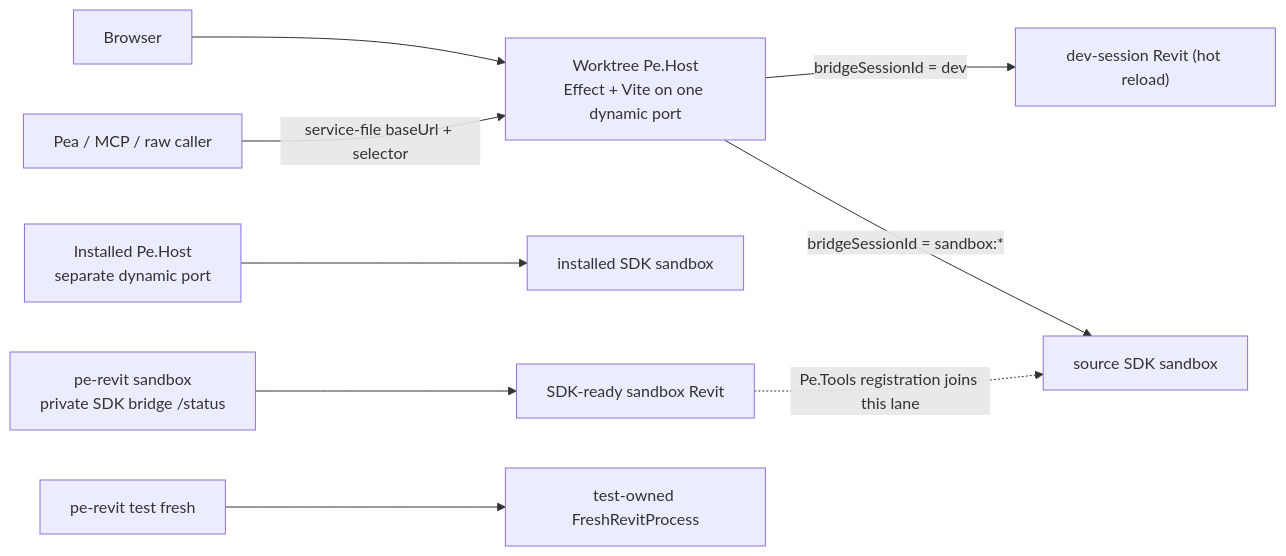
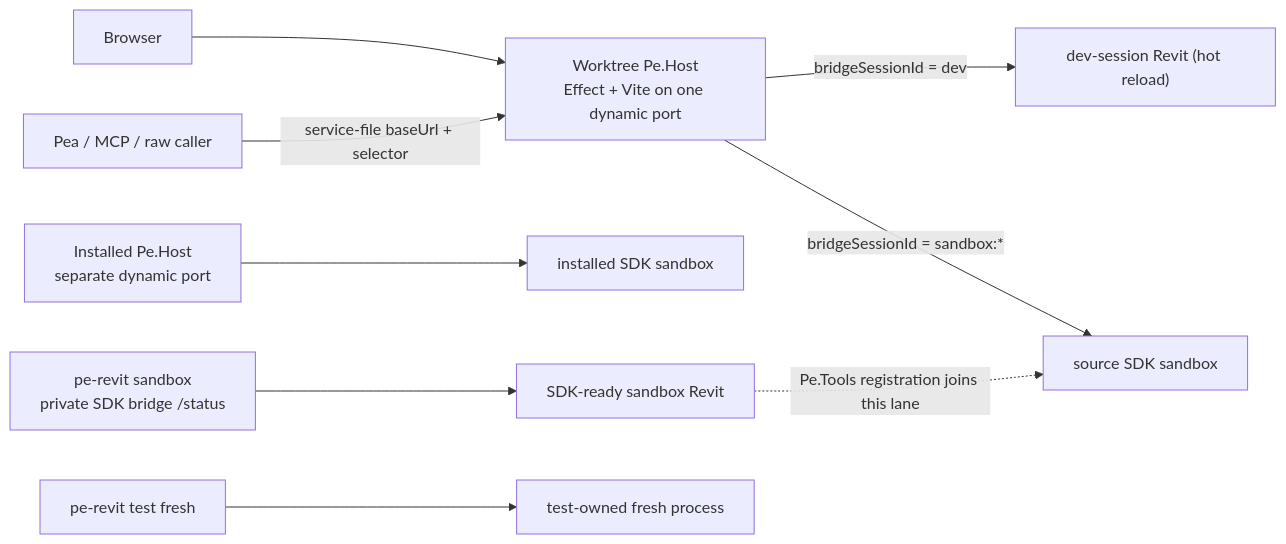
One commit to positive-energy-labs/Pe.Tools changed the diagram in docs/BUILD.md. Above: the diagram before and after it, drawn with Mermaid. The commit also changed other lines of this file and 31 other files, not shown here.

````diff
--- a/docs/BUILD.md
+++ b/docs/BUILD.md
@@ -245,11 +248,11 @@
 ```mermaid
 flowchart LR
   Web["Browser"] --> SourceHost["Worktree Pe.Host<br/>Effect + Vite on one dynamic port"]
   Pea["Pea / MCP / raw caller"] -->|service-file baseUrl + selector| SourceHost
   SourceHost -->|bridgeSessionId = dev| DevSession["dev-session Revit (hot reload)"]
   SourceHost -->|bridgeSessionId = sandbox:*| RoutedSandbox["source SDK sandbox"]
   InstalledHost["Installed Pe.Host<br/>separate dynamic port"] --> InstalledSandbox["installed SDK sandbox"]
   SDK["pe-revit sandbox<br/>private SDK bridge /status"] --> Sandbox["SDK-ready sandbox Revit"]
-  Fresh["pe-revit test fresh"] --> FreshRevit["test-owned FreshRevitProcess"]
+  Fresh["pe-revit test fresh"] --> FreshRevit["test-owned fresh process"]
   Sandbox -. "Pe.Tools registration joins this lane" .-> RoutedSandbox
 ```
````
